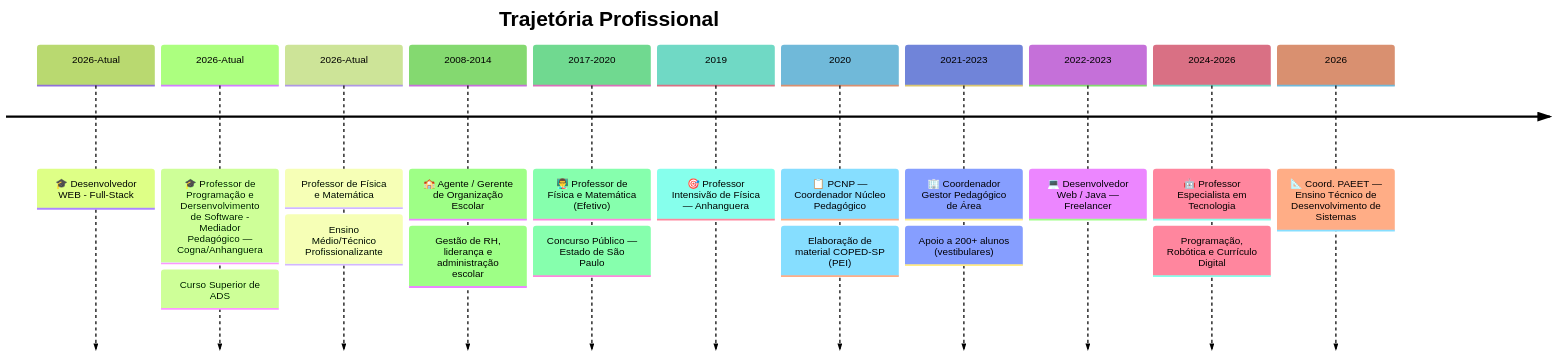
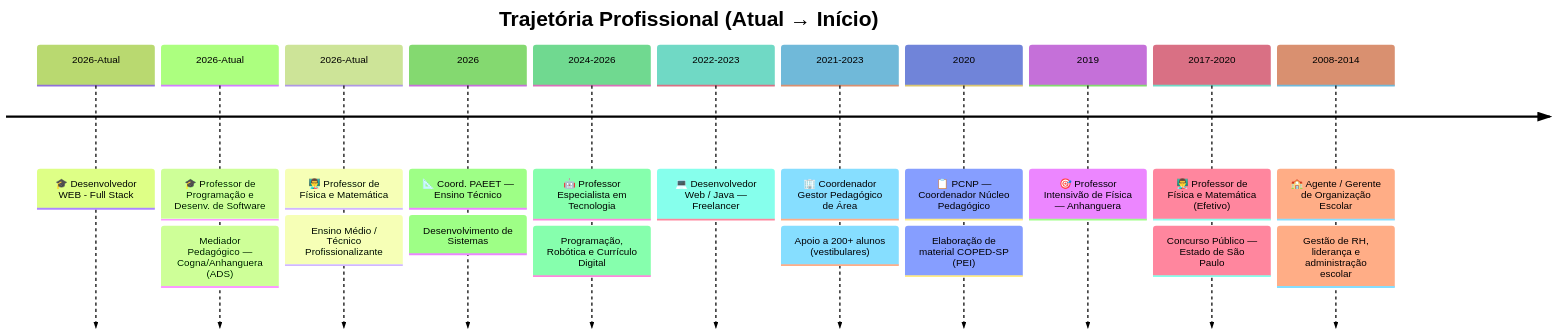
One commit to dansfisica85/dansfisica85 changed the diagram in README.md. Above: the diagram before and after it, drawn with Mermaid (forest theme). The commit also changed other lines of this file, not shown here.

Commit message:
Update personal information and professional timeline

````diff
--- a/README.md
+++ b/README.md
@@ -385,22 +426,23 @@
 ```mermaid
 timeline
-    title Trajetória Profissional
-   2026-Atual: 🎓 Desenvolvedor WEB - Full-Stack
-   2026-Atual: 🎓 Professor de Programação e Dersenvolvimento de Software - Mediador Pedagógico — Cogna/Anhanguera
-             : Curso Superior de ADS
-   2026-Atual: Professor de Física e Matemática
-             : Ensino Médio/Técnico Profissionalizante
-   2008-2014 : 🏫 Agente / Gerente de Organização Escolar
+    title Trajetória Profissional (Atual → Início)
+    2026-Atual: 🎓 Desenvolvedor WEB - Full Stack
+    2026-Atual: 🎓 Professor de Programação e Desenv. de Software
+             : Mediador Pedagógico — Cogna/Anhanguera (ADS)
+    2026-Atual: 👨‍🏫 Professor de Física e Matemática
+             : Ensino Médio / Técnico Profissionalizante
+    2026      : 📐 Coord. PAEET — Ensino Técnico
+             : Desenvolvimento de Sistemas
+    2024-2026 : 🤖 Professor Especialista em Tecnologia
+             : Programação, Robótica e Currículo Digital
+    2022-2023 : 💻 Desenvolvedor Web / Java — Freelancer
+    2021-2023 : 🏢 Coordenador Gestor Pedagógico de Área
+             : Apoio a 200+ alunos (vestibulares)
+    2020      : 📋 PCNP — Coordenador Núcleo Pedagógico
+             : Elaboração de material COPED-SP (PEI)
+    2019      : 🎯 Professor Intensivão de Física — Anhanguera
+    2017-2020 : 👨‍🏫 Professor de Física e Matemática (Efetivo)
+             : Concurso Público — Estado de São Paulo
+    2008-2014 : 🏫 Agente / Gerente de Organização Escolar
              : Gestão de RH, liderança e administração escolar
-   2017-2020 : 👨‍🏫 Professor de Física e Matemática (Efetivo)
-             : Concurso Público — Estado de São Paulo
-        2019 : 🎯 Professor Intensivão de Física — Anhanguera
-        2020 : 📋 PCNP — Coordenador Núcleo Pedagógico
-             : Elaboração de material COPED-SP (PEI)
-   2021-2023 : 🏢 Coordenador Gestor Pedagógico de Área
-             : Apoio a 200+ alunos (vestibulares)
-   2022-2023 : 💻 Desenvolvedor Web / Java — Freelancer
-    2024-2026: 🤖 Professor Especialista em Tecnologia
-             : Programação, Robótica e Currículo Digital
-         2026: 📐 Coord. PAEET — Ensino Técnico de Desenvolvimento de Sistemas
 ```
````
